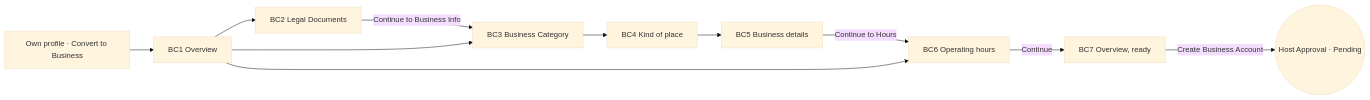
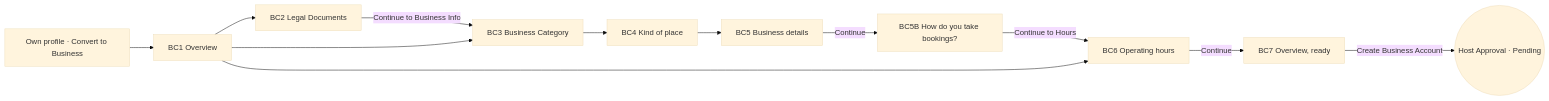
Diagram 13 of 14 in design-handoff/docs/05-flows.md (VladRachita/merg-harness-test), drawn with Mermaid (base theme) before and after one commit. The commit also changed other lines of this file and 20 other files, not shown here.

First line of the commit message:
Add the "How do you take bookings?" step to Convert to Business

````diff
--- a/design-handoff/docs/05-flows.md
+++ b/design-handoff/docs/05-flows.md
@@ -239,10 +239,10 @@
 ```mermaid
 flowchart LR
   PROF[Own profile · Convert to Business] --> BC1[BC1 Overview]
   BC1 --> BC2[BC2 Legal Documents] -- Continue to Business Info --> BC3[BC3 Business Category]
   BC1 --> BC3
-  BC3 --> BC4[BC4 Kind of place] --> BC5[BC5 Business details] -- Continue to Hours --> BC6[BC6 Operating hours]
+  BC3 --> BC4[BC4 Kind of place] --> BC5[BC5 Business details] -- Continue --> BC5B[BC5B How do you take bookings?] -- Continue to Hours --> BC6[BC6 Operating hours]
   BC1 --> BC6
   BC6 -- Continue --> BC7[BC7 Overview, ready]
   BC7 -- Create Business Account --> AD3((Host Approval · Pending))
 ```
````
